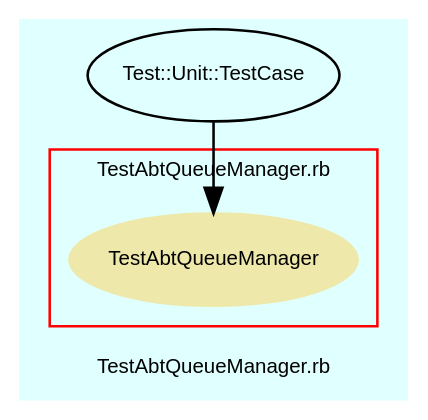
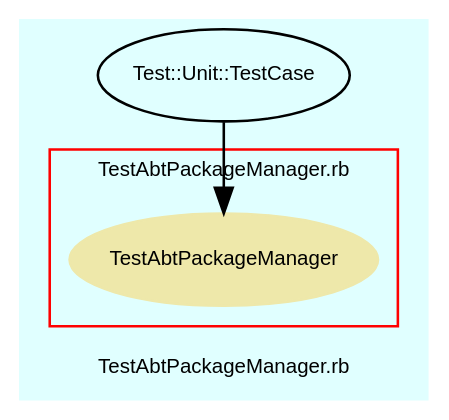
One commit to eschabell/abtlinux changed the diagram in src/trunk/doc/dot/f_13.dot. Above: the diagram before and after it, drawn with Graphviz. The commit also changed 62 other files, not shown here.

```diff
--- a/src/trunk/doc/dot/f_13.dot
+++ b/src/trunk/doc/dot/f_13.dot
@@ -1,37 +1,37 @@
 digraph TopLevel {
     compound = true
     bgcolor = lightcyan1
     fontname = Arial
     fontsize = 8
-    label = "TestAbtQueueManager.rb"
+    label = "TestAbtPackageManager.rb"
     node [
         fontname = Arial,
         fontsize = 8,
         color = black
     ]
 
     subgraph cluster_14 {
         fontname = Arial
         color = red
-        label = "TestAbtQueueManager.rb"
-        TestAbtQueueManager [
+        label = "TestAbtPackageManager.rb"
+        TestAbtPackageManager [
             fontcolor = black,
-            URL = "classes/TestAbtQueueManager.html",
+            URL = "classes/TestAbtPackageManager.html",
             shape = ellipse,
             color = palegoldenrod,
             style = filled,
-            label = "TestAbtQueueManager"
+            label = "TestAbtPackageManager"
         ]
 
     }
 
     Test__Unit__TestCase [
         URL = "classes/Test/Unit/TestCase.html",
         label = "Test::Unit::TestCase"
     ]
 
-    Test__Unit__TestCase -> TestAbtQueueManager [
+    Test__Unit__TestCase -> TestAbtPackageManager [
 
     ]
 
 }
```
